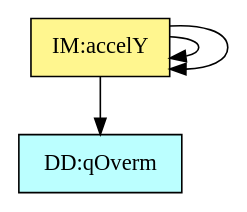
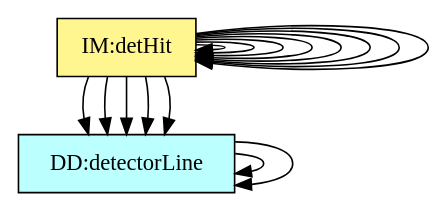
The diagram in code/stable/trajecto/TraceyGraph/refvsref.dot (JoeZZG/Drasil741), drawn with Graphviz before and after one commit. The commit also changed 22 other files, not shown here.

```diff
--- a/code/stable/trajecto/TraceyGraph/refvsref.dot
+++ b/code/stable/trajecto/TraceyGraph/refvsref.dot
@@ -1,40 +1,59 @@
 digraph refvsref {
+	dataDefn:Ei -> dataDefn:Evec;
+	dataDefn:Ei -> dataDefn:Bvec;
 	theory:eqnMotionCS -> theory:lorentzForceCS;
-	theory:ax -> dataDefn:kappa;
-	theory:ay -> theory:ax;
+	theory:kin2DRC -> theory:velocityTM;
+	theory:dyn2DRC -> dataDefn:kappa;
+	theory:dyn2DRC -> theory:lorentzForceCS;
+	theory:dyn2DRC -> theory:eqnMotionCS;
+	theory:dyn2DRC -> theory:vCrossB;
+	theory:stateEvolRC -> dataDefn:kappa;
+	theory:stateEvolRC -> dataDefn:s0;
+	theory:stateEvolRC -> dataDefn:Ei;
+	theory:stateEvolRC -> theory:kin2DRC;
+	theory:stateEvolRC -> theory:dyn2DRC;
+	theory:detHitIM -> dataDefn:Ldet;
+	theory:detHitIM -> theory:stateEvolRC;
 
 
 	dataDefn:kappa	[shape=box, color=black, style=filled, fillcolor=paleturquoise1, label="DD:qOverm"];
+	dataDefn:s0	[shape=box, color=black, style=filled, fillcolor=paleturquoise1, label="DD:initState"];
+	dataDefn:Evec	[shape=box, color=black, style=filled, fillcolor=paleturquoise1, label="DD:eField"];
+	dataDefn:Bvec	[shape=box, color=black, style=filled, fillcolor=paleturquoise1, label="DD:bField"];
+	dataDefn:Ri	[shape=box, color=black, style=filled, fillcolor=paleturquoise1, label="DD:regionRect"];
+	dataDefn:Ei	[shape=box, color=black, style=filled, fillcolor=paleturquoise1, label="DD:fieldsByRegion"];
+	dataDefn:Ldet	[shape=box, color=black, style=filled, fillcolor=paleturquoise1, label="DD:detectorLine"];
 
 	subgraph DD {
 	rank="same"
-	{dataDefn:kappa}
+	{dataDefn:kappa, dataDefn:s0, dataDefn:Evec, dataDefn:Bvec, dataDefn:Ri, dataDefn:Ei, dataDefn:Ldet}
 	}
 
 	theory:velocityTM	[shape=box, color=black, style=filled, fillcolor=pink, label="TM:velocity"];
 	theory:accelerationTM	[shape=box, color=black, style=filled, fillcolor=pink, label="TM:acceleration"];
 	theory:lorentzForceCS	[shape=box, color=black, style=filled, fillcolor=pink, label="TM:lorentzForce"];
 	theory:eqnMotionCS	[shape=box, color=black, style=filled, fillcolor=pink, label="TM:eqnMotion"];
 
 	subgraph TM {
 	rank="same"
 	{theory:velocityTM, theory:accelerationTM, theory:lorentzForceCS, theory:eqnMotionCS}
 	}
 
-	theory:ax	[shape=box, color=black, style=filled, fillcolor=palegreen, label="GD:xAccelEM"];
-	theory:ay	[shape=box, color=black, style=filled, fillcolor=palegreen, label="GD:yAccelEM"];
+	theory:kin2DRC	[shape=box, color=black, style=filled, fillcolor=palegreen, label="GD:kin2D"];
+	theory:vCrossB	[shape=box, color=black, style=filled, fillcolor=palegreen, label="GD:vCrossB2D"];
+	theory:dyn2DRC	[shape=box, color=black, style=filled, fillcolor=palegreen, label="GD:dyn2D"];
 
 	subgraph GD {
 	rank="same"
-	{theory:ax, theory:ay}
+	{theory:kin2DRC, theory:vCrossB, theory:dyn2DRC}
 	}
 
-	theory:accelXIM	[shape=box, color=black, style=filled, fillcolor=khaki1, label="IM:accelX"];
-	theory:accelYIM	[shape=box, color=black, style=filled, fillcolor=khaki1, label="IM:accelY"];
+	theory:stateEvolRC	[shape=box, color=black, style=filled, fillcolor=khaki1, label="IM:stateEvol"];
+	theory:detHitIM	[shape=box, color=black, style=filled, fillcolor=khaki1, label="IM:detHit"];
 
 	subgraph IM {
 	rank="same"
-	{theory:accelXIM, theory:accelYIM}
+	{theory:stateEvolRC, theory:detHitIM}
 	}
 
 }
```
